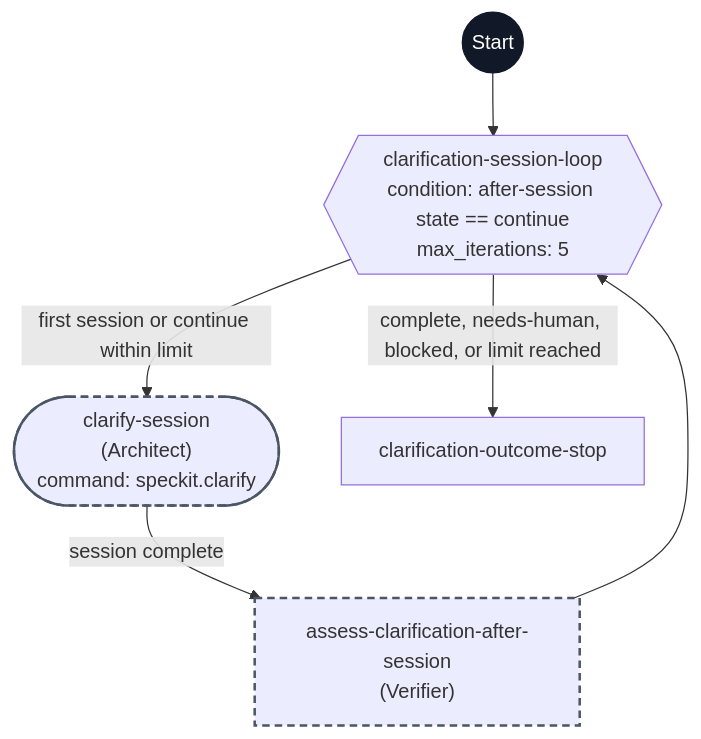
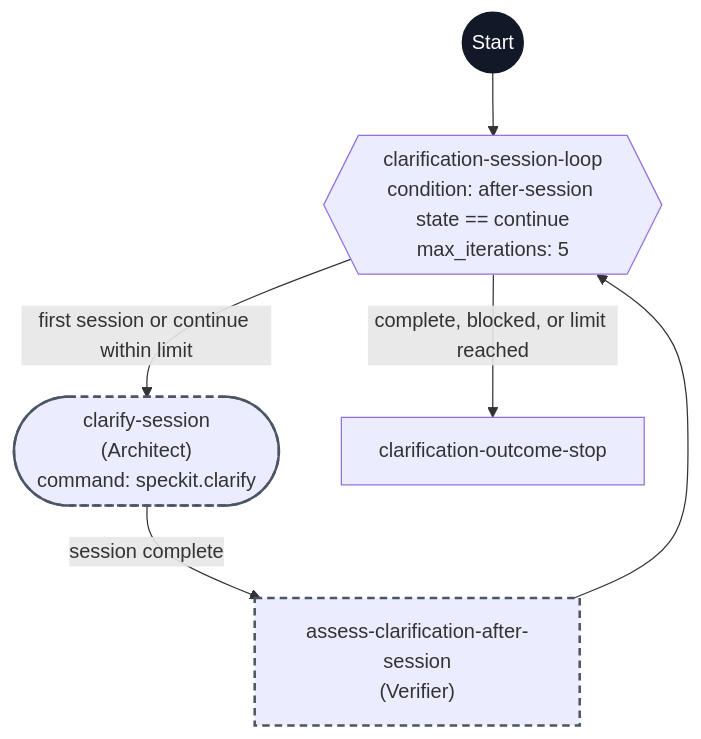
The diagram in workflows/speckit-flow-clarify/flowchart.md (pegagio/spec-kit-flow), drawn with Mermaid before and after one commit. The commit also changed 24 other files, not shown here.

````diff
--- a/workflows/speckit-flow-clarify/flowchart.md
+++ b/workflows/speckit-flow-clarify/flowchart.md
@@ -7,19 +7,19 @@
 ```mermaid
 flowchart TD
     start((Start))
     sessionLoop{{"clarification-session-loop<br/>condition: after-session state == continue<br/>max_iterations: 5"}}
     clarify(["clarify-session<br/>(Architect)<br/>command: speckit.clarify"])
     after["assess-clarification-after-session<br/>(Verifier)"]
 
     outcome["clarification-outcome-stop"]
 
     start --> sessionLoop
     sessionLoop -- first session or continue within limit --> clarify
     clarify -- session complete --> after
     after --> sessionLoop
-    sessionLoop -- complete, needs-human, blocked, or limit reached --> outcome
+    sessionLoop -- complete, blocked, or limit reached --> outcome
 
     classDef delegated stroke:#4b5563,stroke-width:2px,stroke-dasharray:6 4
     class clarify,after delegated
     style start fill:#111827,stroke:#111827,color:#ffffff
 ```
````
